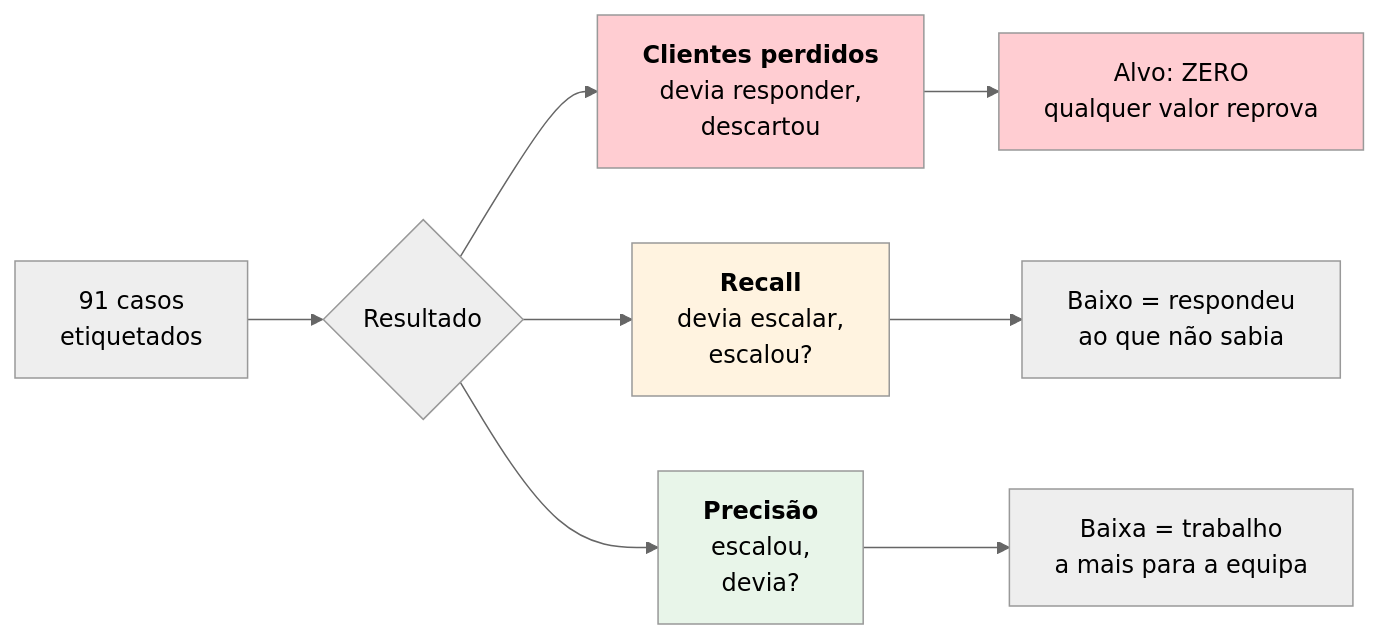
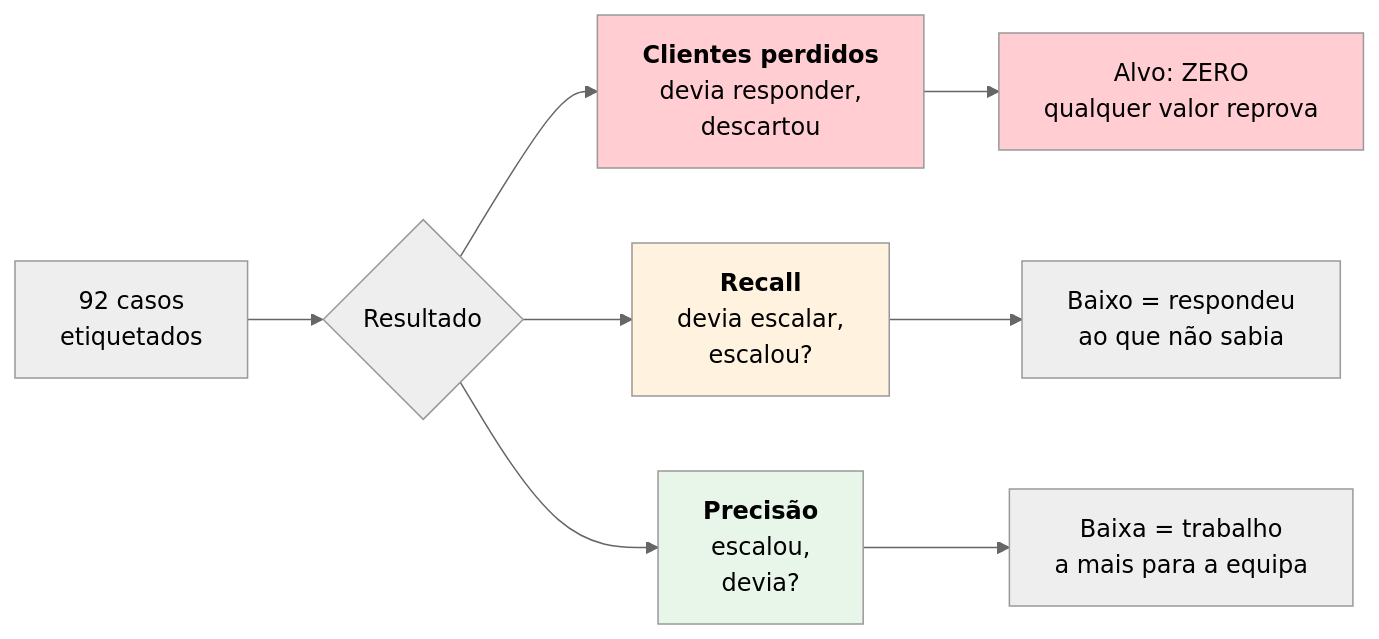
Before and after one commit to joaocarvalhini/Outlook-Reply-Assistant: the diagram in docs/01-overview/problem-and-solution.md, drawn with Mermaid (neutral theme). The commit also changed 8 other files, not shown here.

````diff
--- a/docs/01-overview/problem-and-solution.md
+++ b/docs/01-overview/problem-and-solution.md
@@ -70,16 +70,16 @@
 ```mermaid
 flowchart LR
-    A["91 casos<br/>etiquetados"] --> B{"Resultado"}
+    A["92 casos<br/>etiquetados"] --> B{"Resultado"}
     B --> C["<b>Clientes perdidos</b><br/>devia responder,<br/>descartou"]
     B --> D["<b>Recall</b><br/>devia escalar,<br/>escalou?"]
     B --> E["<b>Precisão</b><br/>escalou,<br/>devia?"]
 
     C --> F["Alvo: ZERO<br/>qualquer valor reprova"]
     D --> G["Baixo = respondeu<br/>ao que não sabia"]
     E --> H["Baixa = trabalho<br/>a mais para a equipa"]
 
     style C fill:#ffcdd2
     style F fill:#ffcdd2
     style D fill:#fff3e0
     style E fill:#e8f5e9
 ```
````
